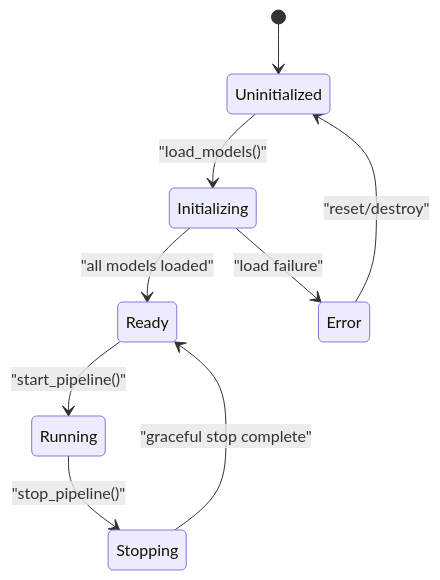
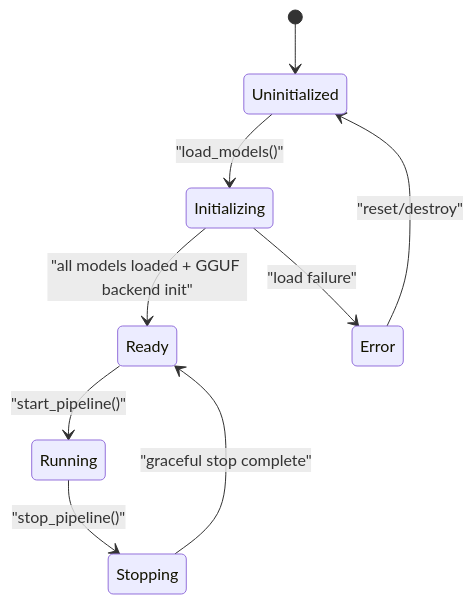
Before and after one commit to iMyth/QwenEcho: the fourth of 9 diagrams in .qoder/repowiki/en/content/Native Engine Core/Native Engine Core.md, drawn with Mermaid. The commit also changed other lines of this file and 129 other files, not shown here.

````diff
--- a/.qoder/repowiki/en/content/Native Engine Core/Native Engine Core.md
+++ b/.qoder/repowiki/en/content/Native Engine Core/Native Engine Core.md
@@ -217,11 +326,11 @@
 ```mermaid
 stateDiagram-v2
 [*] --> Uninitialized
 Uninitialized --> Initializing : "load_models()"
-Initializing --> Ready : "all models loaded"
+Initializing --> Ready : "all models loaded + GGUF backend init"
 Initializing --> Error : "load failure"
 Error --> Uninitialized : "reset/destroy"
 Ready --> Running : "start_pipeline()"
 Running --> Stopping : "stop_pipeline()"
 Stopping --> Ready : "graceful stop complete"
 ```
````
